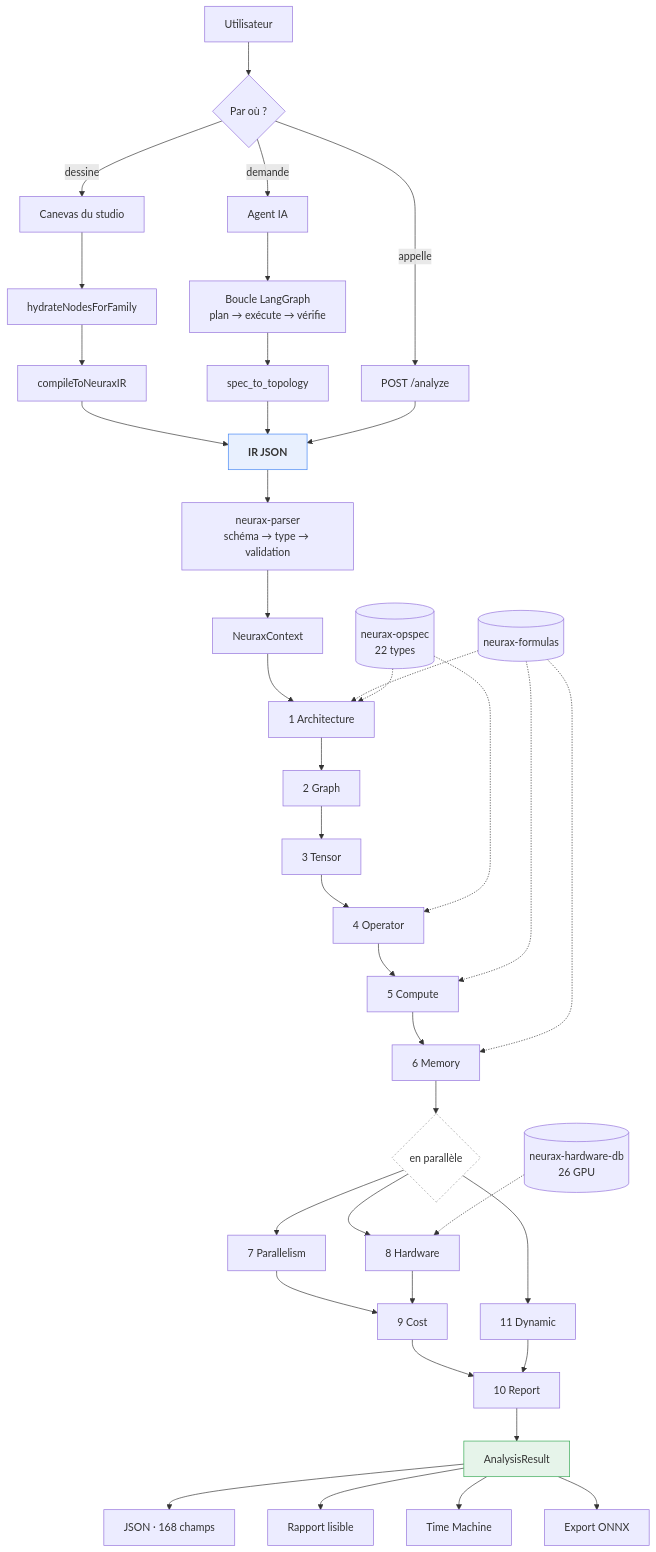
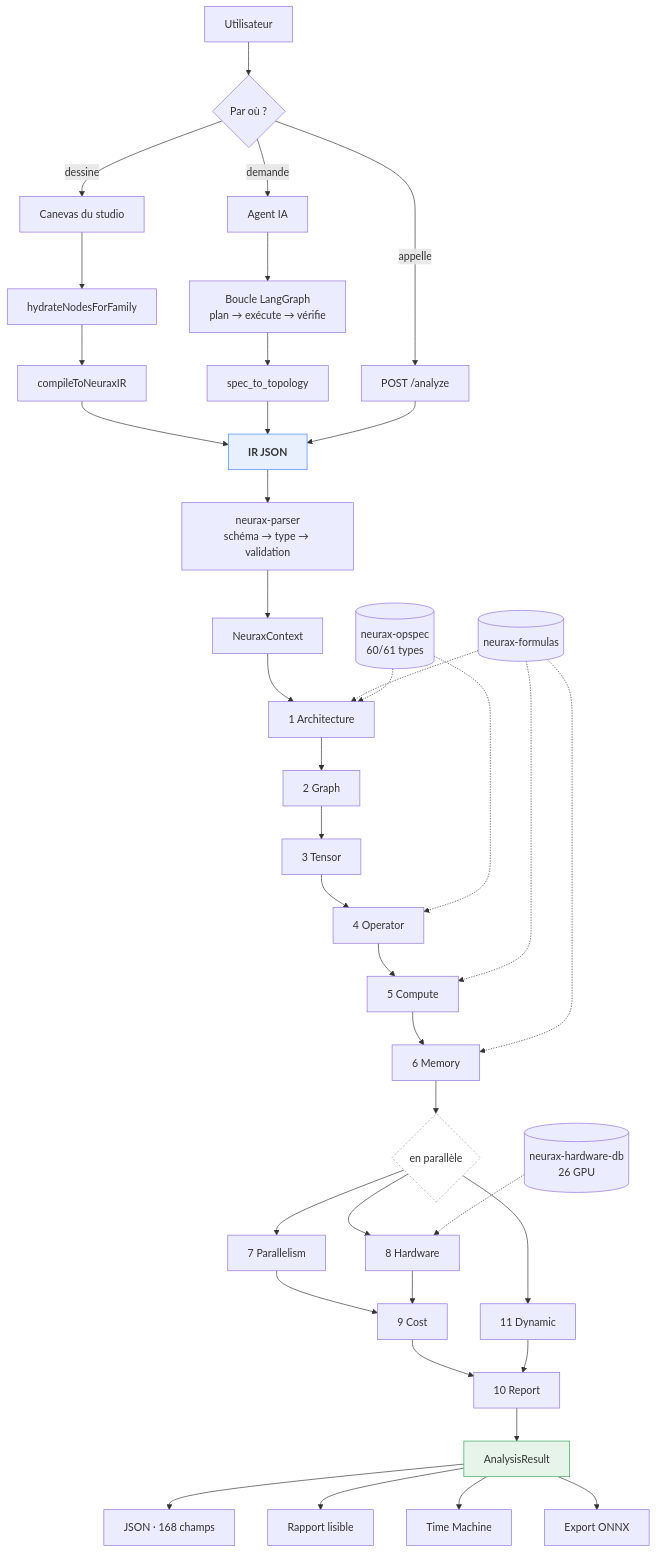
One commit to rustnew/NEURAX changed diagram 36 of 36 in docs.md. Above: the diagram before and after it, drawn with Mermaid. The commit also changed other lines of this file, not shown here.

First line of the commit message:
docs: correct OpSpec coverage — 60 of 61 layer types, not 22

````diff
--- a/docs.md
+++ b/docs.md
@@ -1347,46 +1358,46 @@
 ```mermaid
 flowchart TB
     u["Utilisateur"] --> ch{"Par où ?"}
     ch -->|dessine| canvas["Canevas du studio"]
     ch -->|demande| agent["Agent IA"]
     ch -->|appelle| api["POST /analyze"]
 
     canvas --> hyd["hydrateNodesForFamily"] --> tsc["compileToNeuraxIR"]
     agent --> loop["Boucle LangGraph<br/>plan → exécute → vérifie"] --> spec["spec_to_topology"]
 
     tsc --> ir["<b>IR JSON</b>"]
     spec --> ir
     api --> ir
 
     ir --> parse["neurax-parser<br/>schéma → type → validation"]
     parse --> ctx["NeuraxContext"]
 
     ctx --> ph1["1 Architecture"] --> ph2["2 Graph"] --> ph3["3 Tensor"] --> ph4["4 Operator"] --> ph5["5 Compute"] --> ph6["6 Memory"]
 
     ph6 --> par{"en parallèle"}
     par --> ph7["7 Parallelism"]
     par --> ph8["8 Hardware"]
     par --> ph11["11 Dynamic"]
 
     ph7 --> ph9["9 Cost"]
     ph8 --> ph9
     ph9 --> ph10["10 Report"]
     ph11 --> ph10
 
     ph10 --> res["AnalysisResult"]
     res --> o1["JSON · 168 champs"]
     res --> o2["Rapport lisible"]
     res --> o3["Time Machine"]
     res --> o4["Export ONNX"]
 
     hw[("neurax-hardware-db<br/>26 GPU")] -.-> ph8
     fo[("neurax-formulas")] -.-> ph1
     fo -.-> ph5
     fo -.-> ph6
-    op[("neurax-opspec<br/>22 types")] -.-> ph4
+    op[("neurax-opspec<br/>60/61 types")] -.-> ph4
     op -.-> ph1
 
     style ir fill:#e8f0fe,stroke:#4285f4
     style par fill:#fff,stroke:#999,stroke-dasharray: 3 3
     style res fill:#e6f4ea,stroke:#34a853
 ```
````
